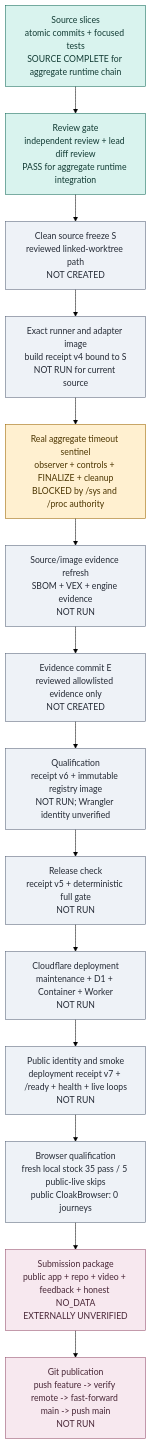
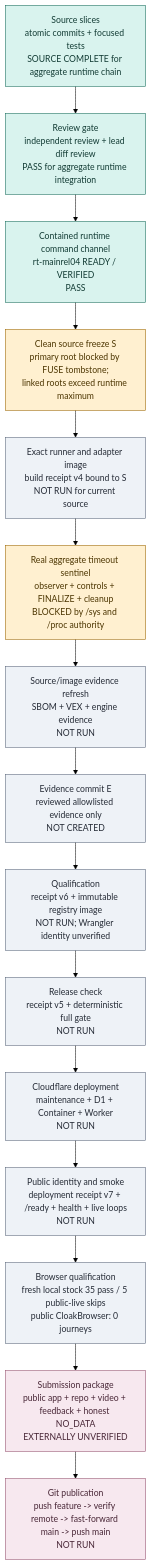
One commit to ALikesToCode/CounterLab changed the first of 3 diagrams in docs/audits/counterlab-first-prize/19_RELEASE_DEPENDENCY_AND_REVIEW_GRAPH.md. Above: the diagram before and after it, drawn with Mermaid (forest theme). The commit also changed other lines of this file and 1 other file, not shown here.

Commit message:
docs(progress): record runtime release blockers

````diff
--- a/docs/audits/counterlab-first-prize/19_RELEASE_DEPENDENCY_AND_REVIEW_GRAPH.md
+++ b/docs/audits/counterlab-first-prize/19_RELEASE_DEPENDENCY_AND_REVIEW_GRAPH.md
@@ -33,28 +33,29 @@
 ```mermaid
 flowchart TD
   A["Source slices<br/>atomic commits + focused tests<br/>SOURCE COMPLETE for aggregate runtime chain"]
   B["Review gate<br/>independent review + lead diff review<br/>PASS for aggregate runtime integration"]
-  C["Clean source freeze S<br/>reviewed linked-worktree path<br/>NOT CREATED"]
+  R["Contained runtime command channel<br/>rt-mainrel04 READY / VERIFIED<br/>PASS"]
+  C["Clean source freeze S<br/>primary root blocked by FUSE tombstone;<br/>linked roots exceed runtime maximum"]
   D["Exact runner and adapter image<br/>build receipt v4 bound to S<br/>NOT RUN for current source"]
   E["Real aggregate timeout sentinel<br/>observer + controls + FINALIZE + cleanup<br/>BLOCKED by /sys and /proc authority"]
   F["Source/image evidence refresh<br/>SBOM + VEX + engine evidence<br/>NOT RUN"]
   G["Evidence commit E<br/>reviewed allowlisted evidence only<br/>NOT CREATED"]
   H["Qualification<br/>receipt v6 + immutable registry image<br/>NOT RUN; Wrangler identity unverified"]
   I["Release check<br/>receipt v5 + deterministic full gate<br/>NOT RUN"]
   J["Cloudflare deployment<br/>maintenance + D1 + Container + Worker<br/>NOT RUN"]
   K["Public identity and smoke<br/>deployment receipt v7 + /ready + health + live loops<br/>NOT RUN"]
   L["Browser qualification<br/>fresh local stock 35 pass / 5 public-live skips<br/>public CloakBrowser: 0 journeys"]
   M["Submission package<br/>public app + repo + video + feedback + honest NO_DATA<br/>EXTERNALLY UNVERIFIED"]
   N["Git publication<br/>push feature -> verify remote -> fast-forward main -> push main<br/>NOT RUN"]
 
-  A --> B --> C --> D --> E --> F --> G --> H --> I --> J --> K --> L --> M --> N
+  A --> B --> R --> C --> D --> E --> F --> G --> H --> I --> J --> K --> L --> M --> N
 
   classDef pass fill:#d9f3ee,stroke:#176b5b,color:#123b34;
   classDef blocked fill:#fff0d0,stroke:#9a6500,color:#4c3500;
   classDef pending fill:#eef2f7,stroke:#596579,color:#252b36;
   classDef external fill:#f7e8ef,stroke:#95506d,color:#482636;
-  class A,B pass;
-  class E blocked;
-  class C,D,F,G,H,I,J,K,L pending;
+  class A,B,R pass;
+  class C,E blocked;
+  class D,F,G,H,I,J,K,L pending;
   class M,N external;
 ```
````
